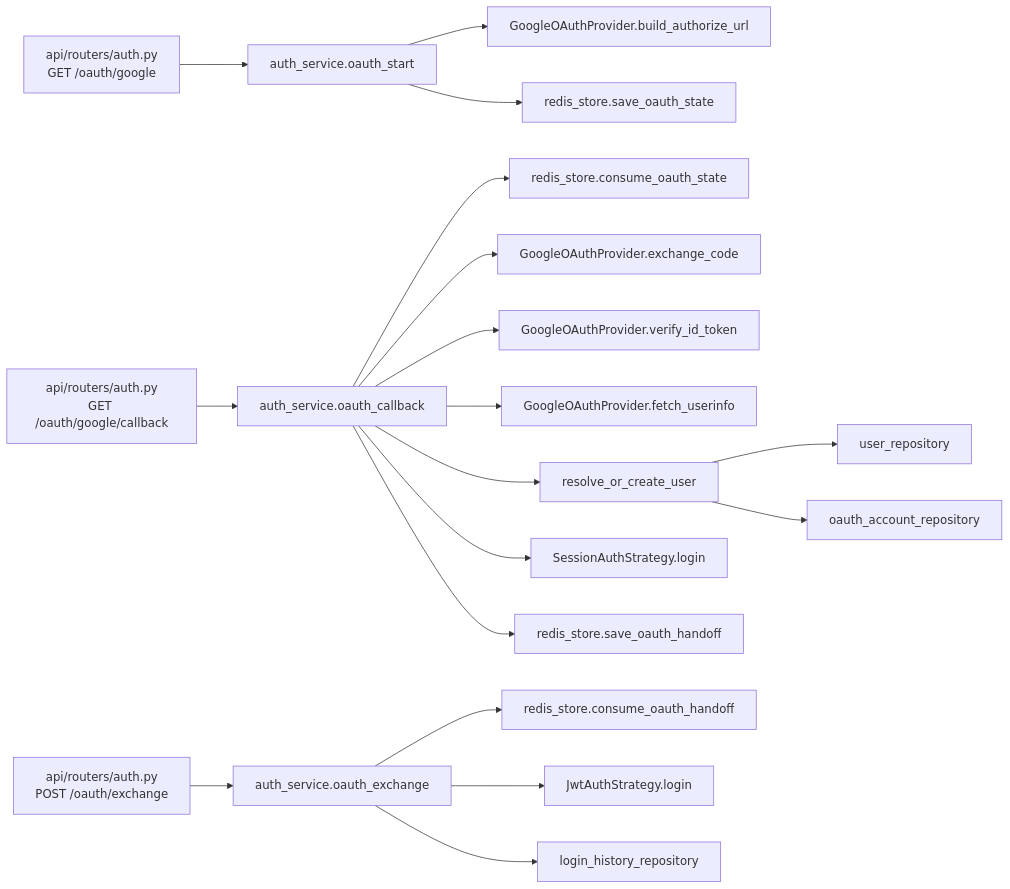
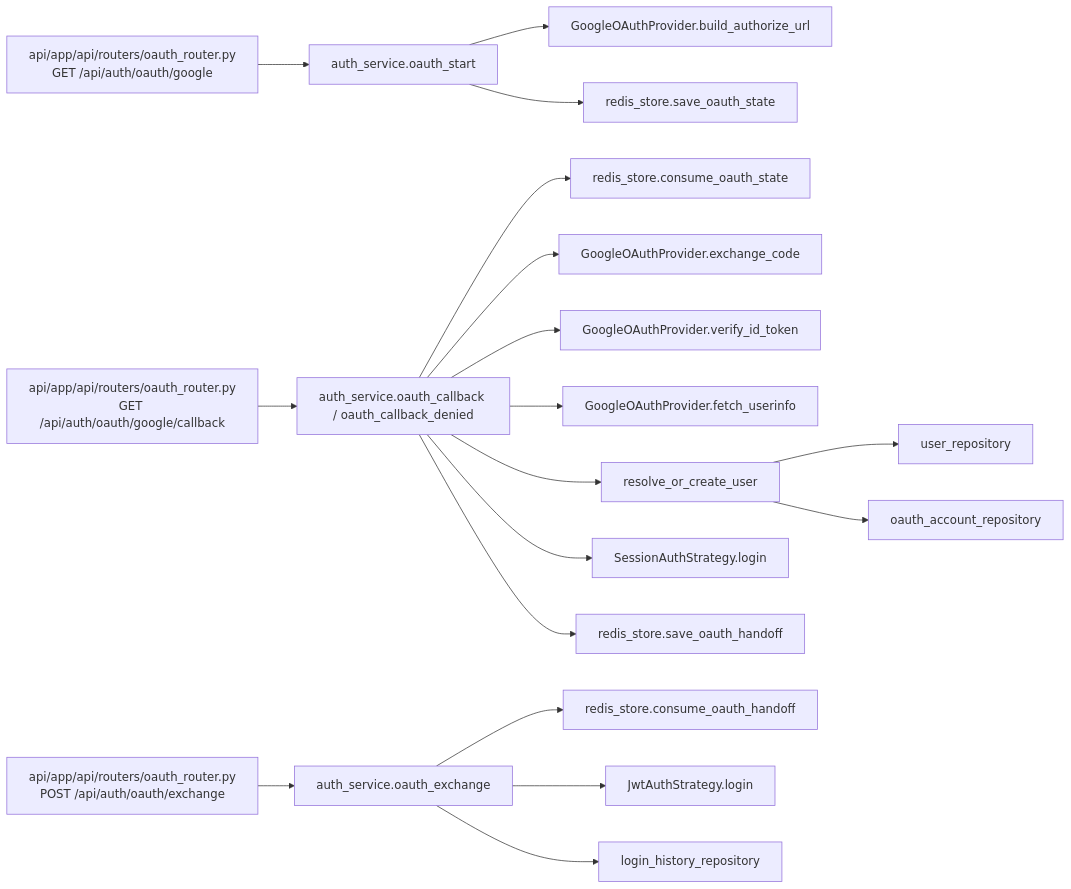
The fifth of 5 diagrams in docs/detailed_design/auth/04_google_oauth.md (oikawa-d/task_management), drawn with Mermaid before and after one commit. The commit also changed other lines of this file and 20 other files, not shown here.

First line of the commit message:
feat: [phase] Google OAuth2認証を完了 (#380)

````diff
--- a/docs/detailed_design/auth/04_google_oauth.md
+++ b/docs/detailed_design/auth/04_google_oauth.md
@@ -248,23 +252,23 @@
 ```mermaid
 flowchart LR
-    R11["api/routers/auth.py<br/>GET /oauth/google"] --> ASV["auth_service.oauth_start"]
-    R12["api/routers/auth.py<br/>GET /oauth/google/callback"] --> ACB["auth_service.oauth_callback"]
-    R13["api/routers/auth.py<br/>POST /oauth/exchange"] --> AEX["auth_service.oauth_exchange"]
+    R11["api/app/api/routers/oauth_router.py<br/>GET /api/auth/oauth/google"] --> ASV["auth_service.oauth_start"]
+    R12["api/app/api/routers/oauth_router.py<br/>GET /api/auth/oauth/google/callback"] --> ACB["auth_service.oauth_callback / oauth_callback_denied"]
+    R13["api/app/api/routers/oauth_router.py<br/>POST /api/auth/oauth/exchange"] --> AEX["auth_service.oauth_exchange"]
 
     ASV --> OAUTH["GoogleOAuthProvider.build_authorize_url"]
     ASV --> RS1["redis_store.save_oauth_state"]
 
     ACB --> RS2["redis_store.consume_oauth_state"]
     ACB --> OAUTH2["GoogleOAuthProvider.exchange_code"]
     ACB --> OAUTH3["GoogleOAuthProvider.verify_id_token"]
     ACB --> OAUTH4["GoogleOAuthProvider.fetch_userinfo"]
     ACB --> RESOLVE["resolve_or_create_user"]
     ACB --> SESS["SessionAuthStrategy.login"]
     ACB --> RS3["redis_store.save_oauth_handoff"]
     RESOLVE --> URP["user_repository"]
     RESOLVE --> OAP["oauth_account_repository"]
 
     AEX --> RS4["redis_store.consume_oauth_handoff"]
     AEX --> JWTS["JwtAuthStrategy.login"]
     AEX --> LRP["login_history_repository"]
 ```
````
